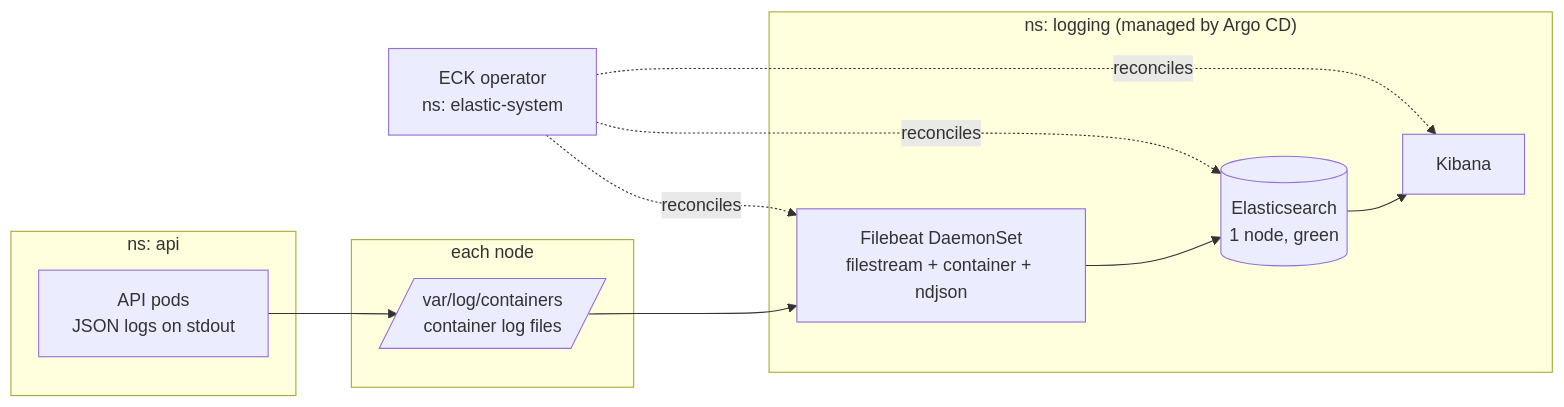
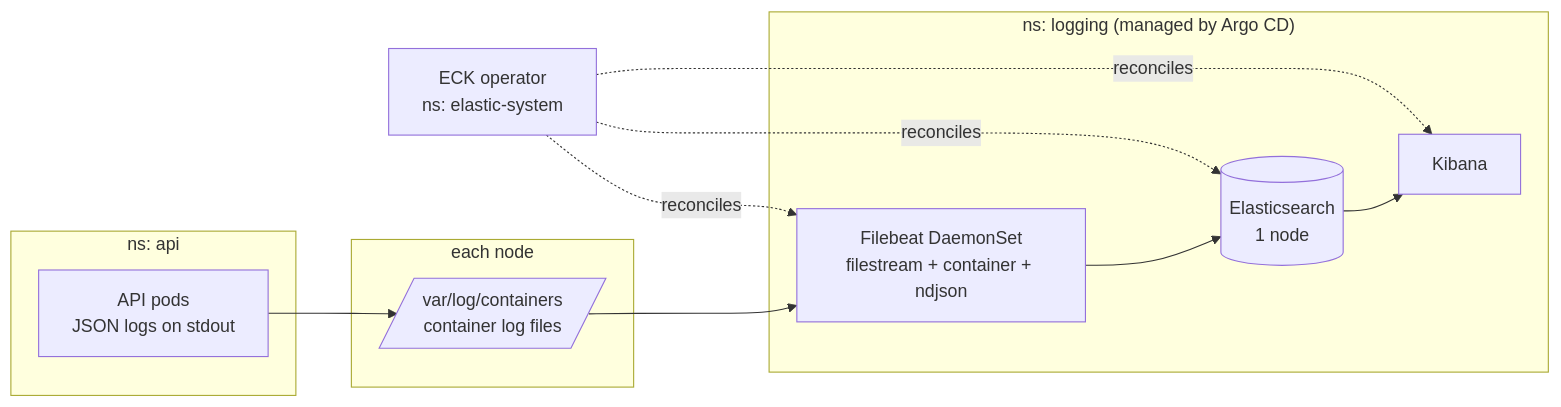
The fifth of 5 diagrams in README.md (AfzalMansuri23/eks-gitops-platform), drawn with Mermaid before and after one commit. The commit also changed other lines of this file, not shown here.

Commit message:
docs: note yellow health on a single-node Elasticsearch

````diff
--- a/README.md
+++ b/README.md
@@ -251,21 +251,21 @@
 ```mermaid
 flowchart LR
     subgraph api["ns: api"]
         pods[API pods<br/>JSON logs on stdout]
     end
 
     subgraph node["each node"]
         files[/var/log/containers<br/>container log files/]
     end
 
     subgraph log["ns: logging (managed by Argo CD)"]
         fb[Filebeat DaemonSet<br/>filestream + container + ndjson]
-        es[(Elasticsearch<br/>1 node, green)]
+        es[(Elasticsearch<br/>1 node)]
         kb[Kibana]
     end
 
     eck[ECK operator<br/>ns: elastic-system] -. reconciles .-> es
     eck -. reconciles .-> kb
     eck -. reconciles .-> fb
     pods --> files --> fb --> es --> kb
 ```
````
